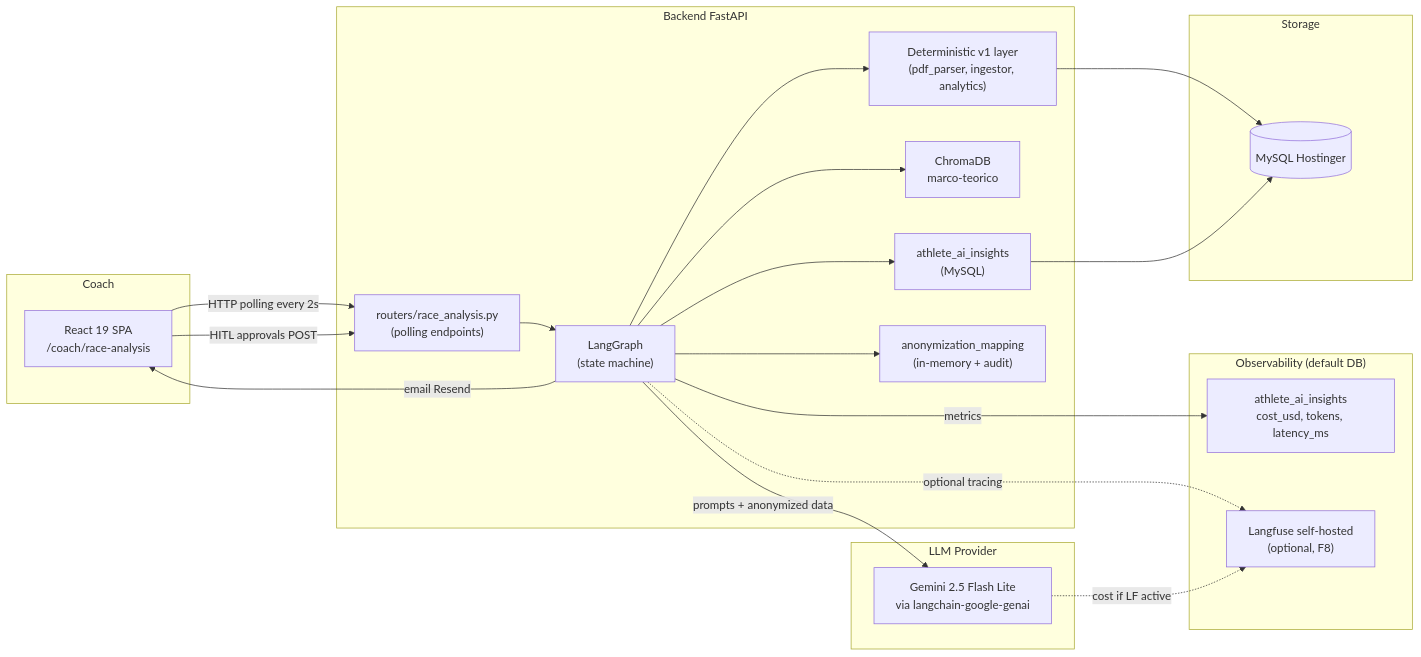
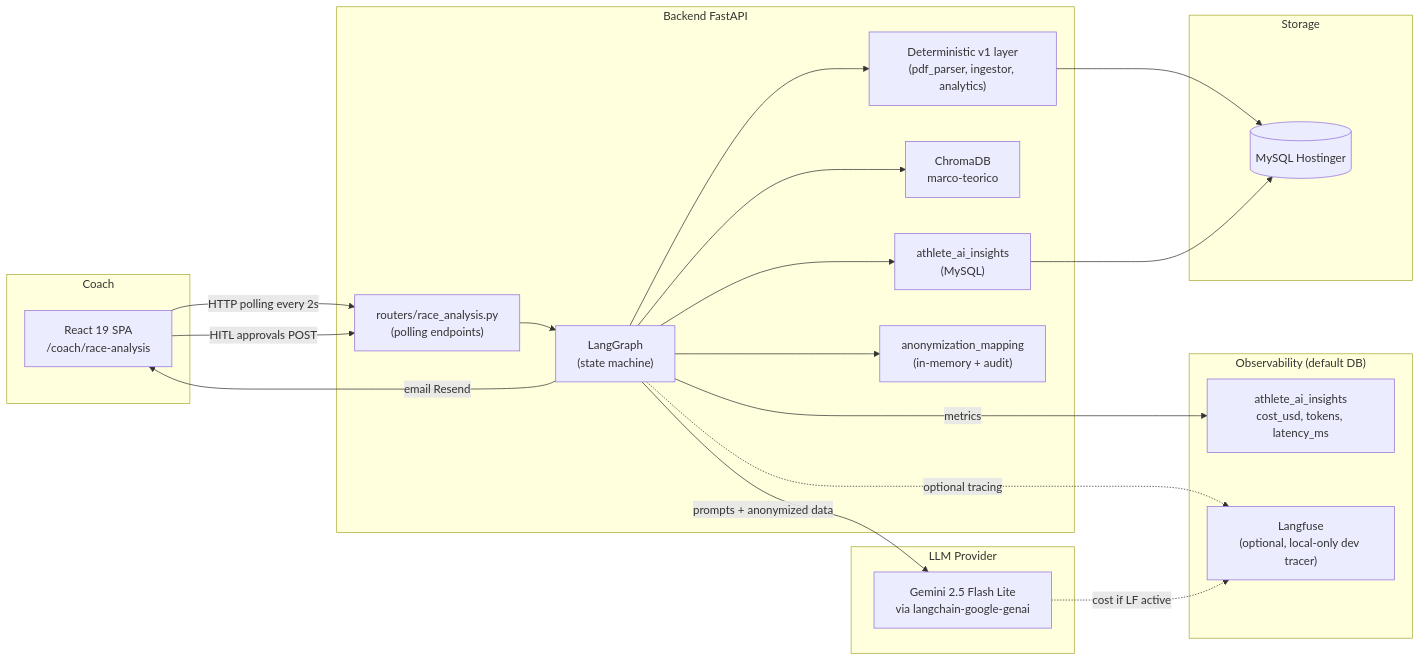
Before and after one commit to Club-Deportivo-Trocha-y-Ruta/mi: the first of 3 diagrams in docs/10-race-results/v2-agentic-design.md, drawn with Mermaid. The commit also changed other lines of this file and 36 other files, not shown here.

````diff
--- a/docs/10-race-results/v2-agentic-design.md
+++ b/docs/10-race-results/v2-agentic-design.md
@@ -65,39 +65,39 @@
 ```mermaid
 flowchart LR
     subgraph "Coach"
         UI["React 19 SPA<br/>/coach/race-analysis"]
     end
     subgraph "Backend FastAPI"
         ROUTER["routers/race_analysis.py<br/>(polling endpoints)"]
         GRAPH["LangGraph<br/>(state machine)"]
         DET["Deterministic v1 layer<br/>(pdf_parser, ingestor, analytics)"]
         RAG["ChromaDB<br/>marco-teorico"]
         MEM["athlete_ai_insights<br/>(MySQL)"]
         ANON["anonymization_mapping<br/>(in-memory + audit)"]
     end
     subgraph "LLM Provider"
         LLM["Gemini 2.5 Flash Lite<br/>via langchain-google-genai"]
     end
     subgraph "Observability (default DB)"
         AUDIT["athlete_ai_insights<br/>cost_usd, tokens, latency_ms"]
-        LF["Langfuse self-hosted<br/>(optional, F8)"]
+        LF["Langfuse<br/>(optional, local-only dev tracer)"]
     end
     subgraph "Storage"
         DB[(MySQL Hostinger)]
     end
 
     UI -->|HTTP polling every 2s| ROUTER
     UI -->|HITL approvals POST| ROUTER
     ROUTER --> GRAPH
     GRAPH --> DET
     DET --> DB
     GRAPH --> RAG
     GRAPH --> MEM
     MEM --> DB
     GRAPH --> ANON
     GRAPH -->|prompts + anonymized data| LLM
     GRAPH -->|metrics| AUDIT
     GRAPH -.optional tracing.-> LF
     LLM -.cost if LF active.-> LF
     GRAPH -->|email Resend| UI
 ```
````
